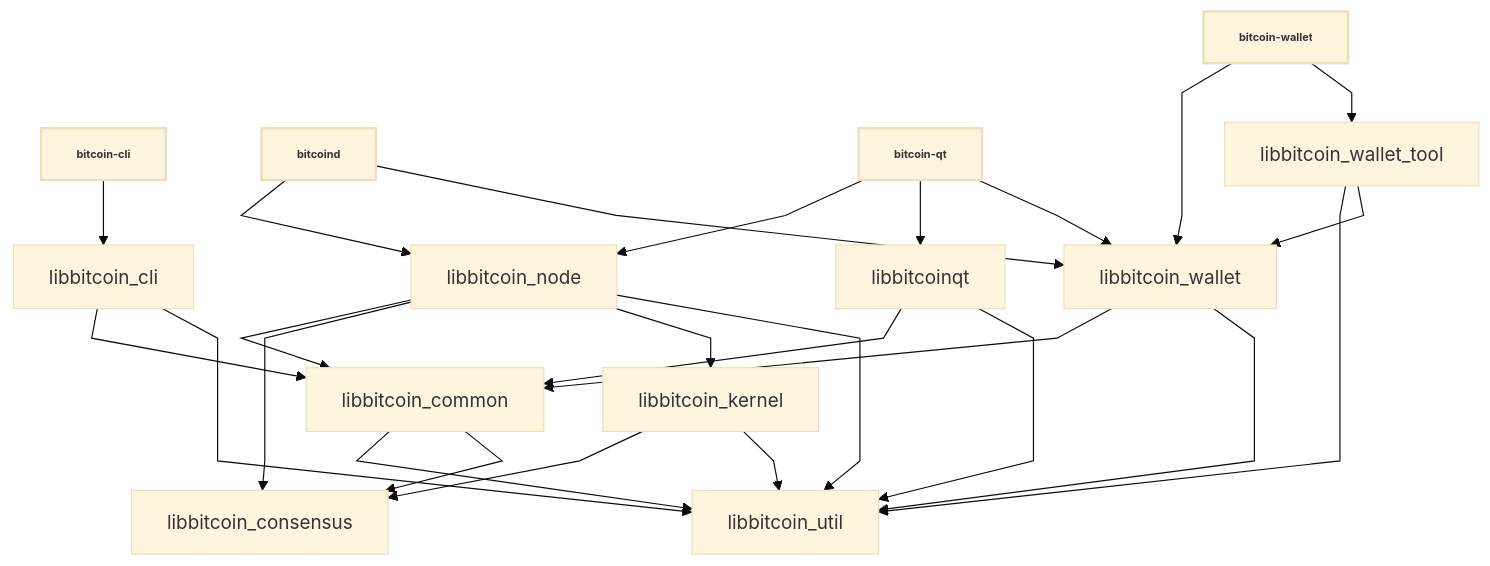
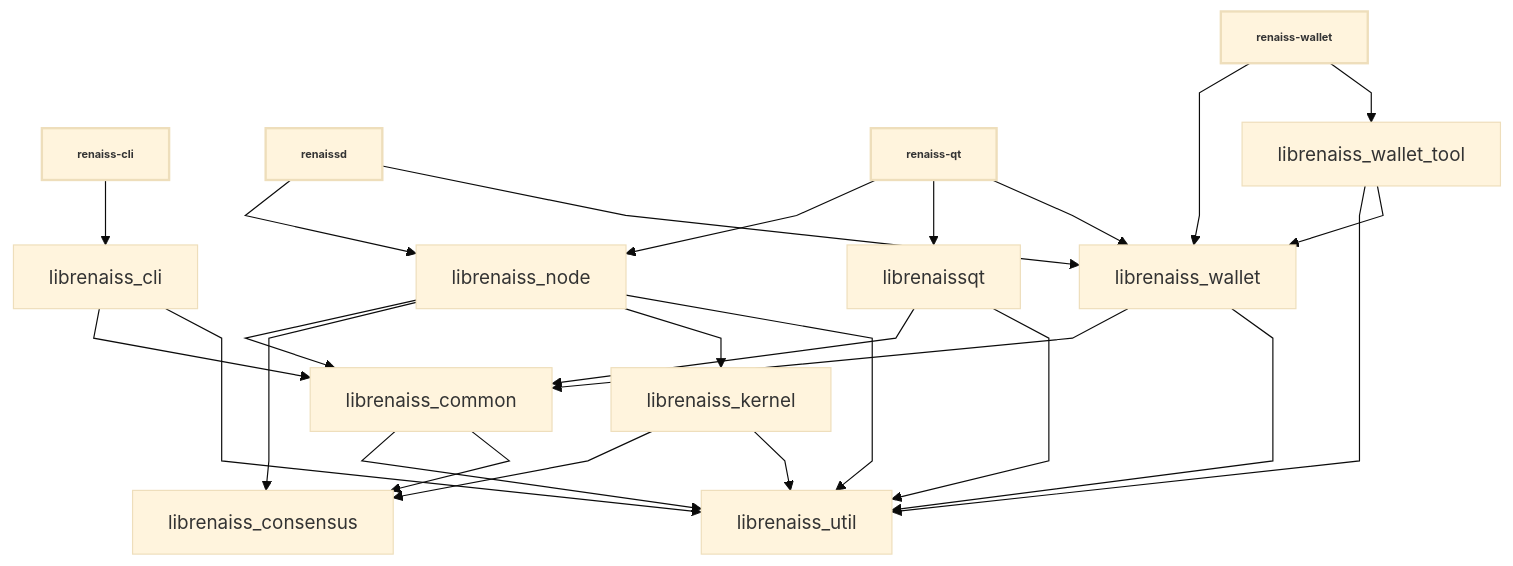
One commit to nilamdoc/bitcoinxxx changed the diagram in doc/design/libraries.md. Above: the diagram before and after it, drawn with Mermaid (base theme). The commit also changed other lines of this file and 1873 other files, not shown here.

````diff
--- a/doc/design/libraries.md
+++ b/doc/design/libraries.md
@@ -36,44 +36,44 @@
 ```mermaid
 
 %%{ init : { "flowchart" : { "curve" : "linear" }}}%%
 
 graph TD;
 
-bitcoin-cli[bitcoin-cli]-->libbitcoin_cli;
+renaiss-cli[renaiss-cli]-->librenaiss_cli;
 
-bitcoind[bitcoind]-->libbitcoin_node;
-bitcoind[bitcoind]-->libbitcoin_wallet;
+renaissd[renaissd]-->librenaiss_node;
+renaissd[renaissd]-->librenaiss_wallet;
 
-bitcoin-qt[bitcoin-qt]-->libbitcoin_node;
-bitcoin-qt[bitcoin-qt]-->libbitcoinqt;
-bitcoin-qt[bitcoin-qt]-->libbitcoin_wallet;
+renaiss-qt[renaiss-qt]-->librenaiss_node;
+renaiss-qt[renaiss-qt]-->librenaissqt;
+renaiss-qt[renaiss-qt]-->librenaiss_wallet;
 
-bitcoin-wallet[bitcoin-wallet]-->libbitcoin_wallet;
-bitcoin-wallet[bitcoin-wallet]-->libbitcoin_wallet_tool;
+renaiss-wallet[renaiss-wallet]-->librenaiss_wallet;
+renaiss-wallet[renaiss-wallet]-->librenaiss_wallet_tool;
 
-libbitcoin_cli-->libbitcoin_common;
-libbitcoin_cli-->libbitcoin_util;
+librenaiss_cli-->librenaiss_common;
+librenaiss_cli-->librenaiss_util;
 
-libbitcoin_common-->libbitcoin_util;
-libbitcoin_common-->libbitcoin_consensus;
+librenaiss_common-->librenaiss_util;
+librenaiss_common-->librenaiss_consensus;
 
-libbitcoin_kernel-->libbitcoin_consensus;
-libbitcoin_kernel-->libbitcoin_util;
+librenaiss_kernel-->librenaiss_consensus;
+librenaiss_kernel-->librenaiss_util;
 
-libbitcoin_node-->libbitcoin_common;
-libbitcoin_node-->libbitcoin_consensus;
-libbitcoin_node-->libbitcoin_kernel;
-libbitcoin_node-->libbitcoin_util;
+librenaiss_node-->librenaiss_common;
+librenaiss_node-->librenaiss_consensus;
+librenaiss_node-->librenaiss_kernel;
+librenaiss_node-->librenaiss_util;
 
-libbitcoinqt-->libbitcoin_common;
-libbitcoinqt-->libbitcoin_util;
+librenaissqt-->librenaiss_common;
+librenaissqt-->librenaiss_util;
 
-libbitcoin_wallet-->libbitcoin_common;
-libbitcoin_wallet-->libbitcoin_util;
+librenaiss_wallet-->librenaiss_common;
+librenaiss_wallet-->librenaiss_util;
 
-libbitcoin_wallet_tool-->libbitcoin_util;
-libbitcoin_wallet_tool-->libbitcoin_wallet;
+librenaiss_wallet_tool-->librenaiss_util;
+librenaiss_wallet_tool-->librenaiss_wallet;
 
 classDef bold stroke-width:2px, font-weight:bold, font-size: smaller;
-class bitcoin-qt,bitcoind,bitcoin-cli,bitcoin-wallet bold
+class renaiss-qt,renaissd,renaiss-cli,renaiss-wallet bold
 ```
````
